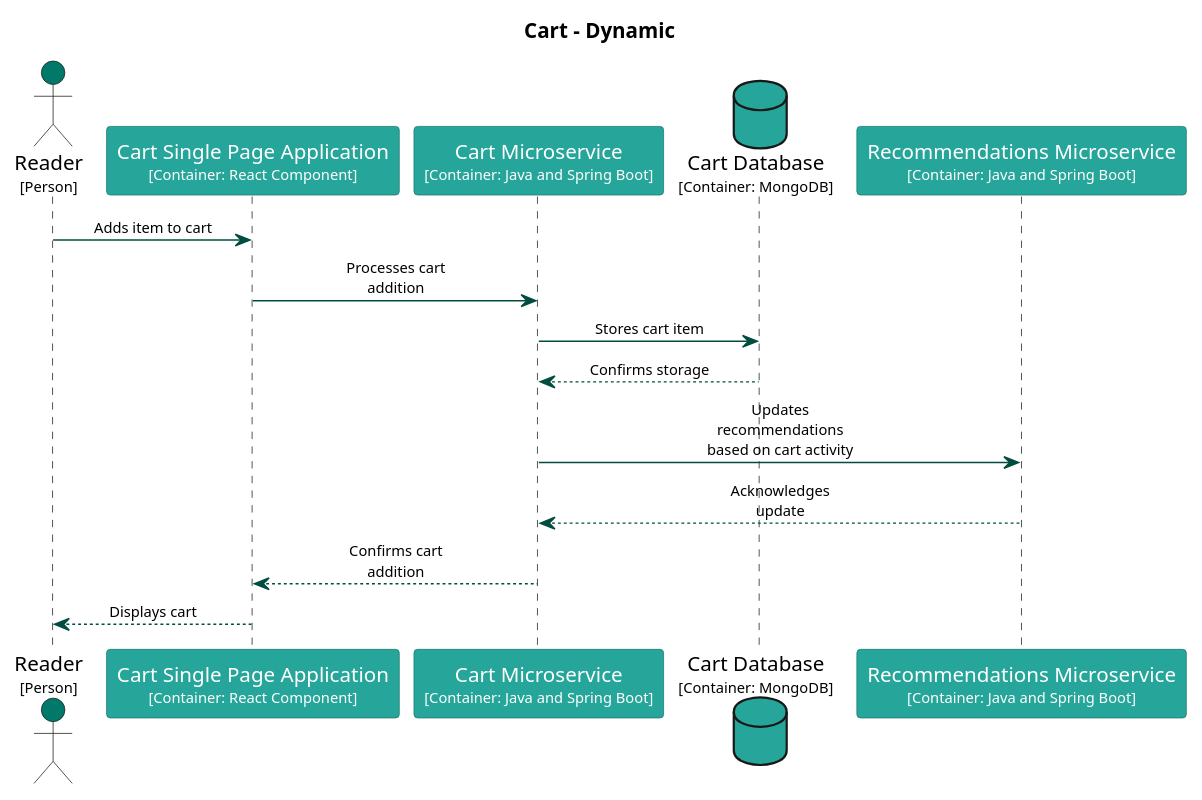
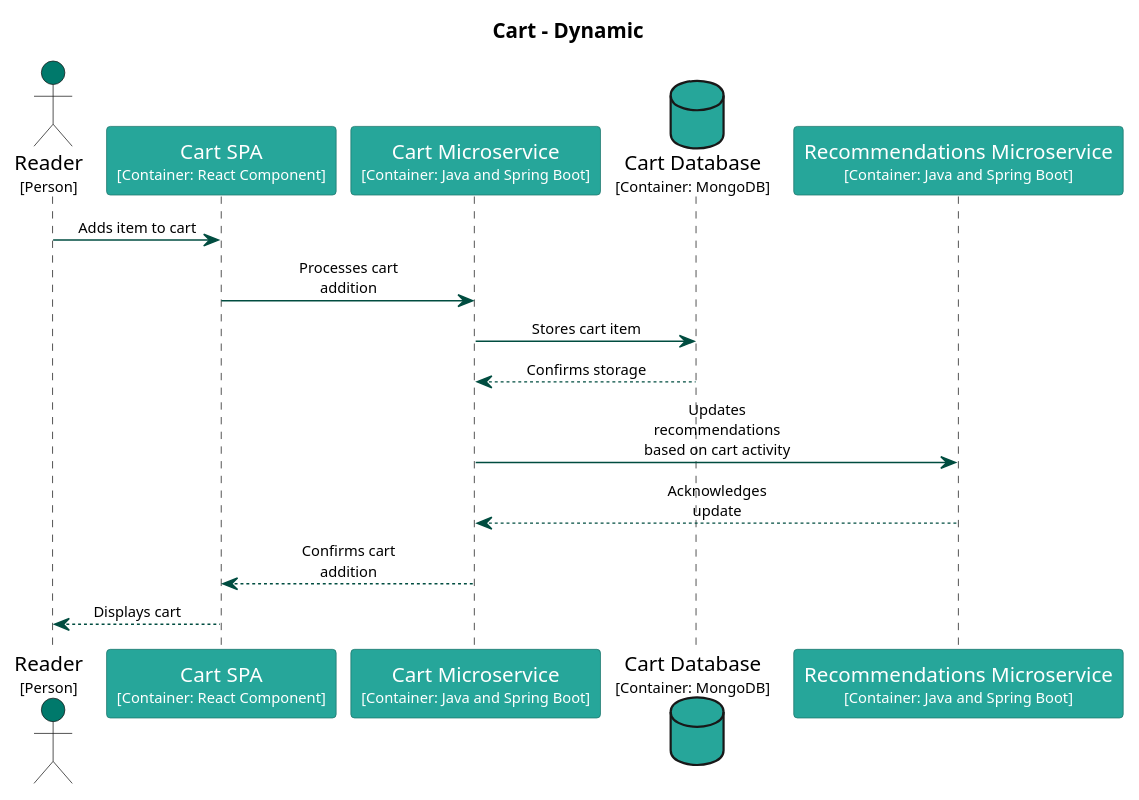
One commit to Goodmorning918/E-Library-Architecture changed the diagram in main/puml/add-item-to-cart.puml. Above: the diagram before and after it, drawn with PlantUML. The commit also changed 147 other files, not shown here.

Commit message:
Deploying to gh-pages from @ Goodmorning918/E-Library-Architecture@44f7933ce3b599391c9f964d6f6a5102fbb01043 🚀

```diff
--- a/main/puml/add-item-to-cart.puml
+++ b/main/puml/add-item-to-cart.puml
@@ -1,58 +1,58 @@
 @startuml
 set separator none
 title Cart - Dynamic
 
 skinparam {
   arrowFontSize 10
   defaultTextAlignment center
   wrapWidth 200
   maxMessageSize 100
 }
 
 hide stereotype
 
 skinparam sequenceParticipant<<Cart.CartDatabase>> {
   BackgroundColor #26a69a
   FontColor #ffffff
   BorderColor #1a746b
   shadowing false
 }
 skinparam sequenceParticipant<<Cart.CartMicroservice>> {
   BackgroundColor #26a69a
   FontColor #ffffff
   BorderColor #1a746b
   shadowing false
 }
-skinparam sequenceParticipant<<Cart.CartSinglePageApplication>> {
+skinparam sequenceParticipant<<Cart.CartSPA>> {
   BackgroundColor #26a69a
   FontColor #ffffff
   BorderColor #1a746b
   shadowing false
 }
 skinparam sequenceParticipant<<Reader>> {
   BackgroundColor #00796b
   FontColor #ffffff
   BorderColor #00544a
   shadowing false
 }
 skinparam sequenceParticipant<<Recommendations.RecommendationsMicroservice>> {
   BackgroundColor #26a69a
   FontColor #ffffff
   BorderColor #1a746b
   shadowing false
 }
 
 actor "Reader\n<size:10>[Person]</size>" as Reader <<Reader>> #00796b
-participant "Cart Single Page Application\n<size:10>[Container: React Component]</size>" as Cart.CartSinglePageApplication <<Cart.CartSinglePageApplication>> #26a69a
+participant "Cart SPA\n<size:10>[Container: React Component]</size>" as Cart.CartSPA <<Cart.CartSPA>> #26a69a
 participant "Cart Microservice\n<size:10>[Container: Java and Spring Boot]</size>" as Cart.CartMicroservice <<Cart.CartMicroservice>> #26a69a
 database "Cart Database\n<size:10>[Container: MongoDB]</size>" as Cart.CartDatabase <<Cart.CartDatabase>> #26a69a
 participant "Recommendations Microservice\n<size:10>[Container: Java and Spring Boot]</size>" as Recommendations.RecommendationsMicroservice <<Recommendations.RecommendationsMicroservice>> #26a69a
-Reader -[#004d40]> Cart.CartSinglePageApplication : Adds item to cart
-Cart.CartSinglePageApplication -[#004d40]> Cart.CartMicroservice : Processes cart addition
+Reader -[#004d40]> Cart.CartSPA : Adds item to cart
+Cart.CartSPA -[#004d40]> Cart.CartMicroservice : Processes cart addition
 Cart.CartMicroservice -[#004d40]> Cart.CartDatabase : Stores cart item
 Cart.CartMicroservice <-[#004d40]- Cart.CartDatabase : Confirms storage
 Cart.CartMicroservice -[#004d40]> Recommendations.RecommendationsMicroservice : Updates recommendations based on cart activity
 Cart.CartMicroservice <-[#004d40]- Recommendations.RecommendationsMicroservice : Acknowledges update
-Cart.CartSinglePageApplication <-[#004d40]- Cart.CartMicroservice : Confirms cart addition
-Reader <-[#004d40]- Cart.CartSinglePageApplication : Displays cart
+Cart.CartSPA <-[#004d40]- Cart.CartMicroservice : Confirms cart addition
+Reader <-[#004d40]- Cart.CartSPA : Displays cart
 @enduml
```
